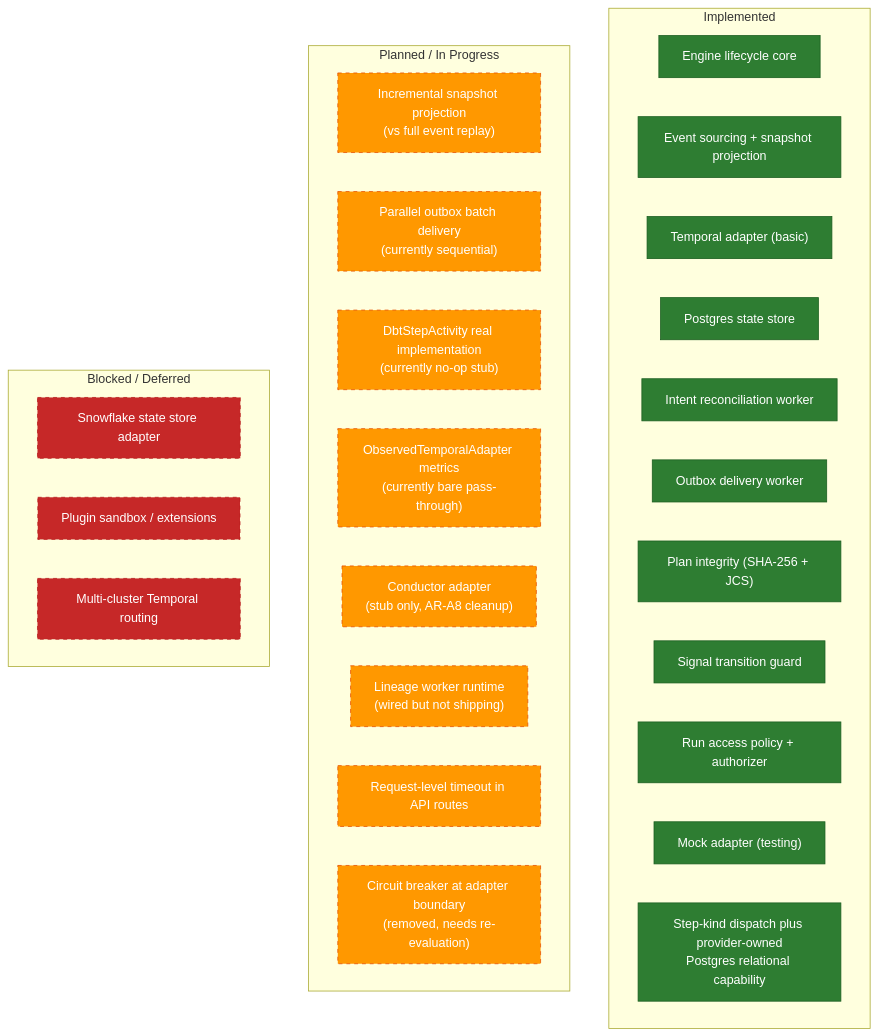
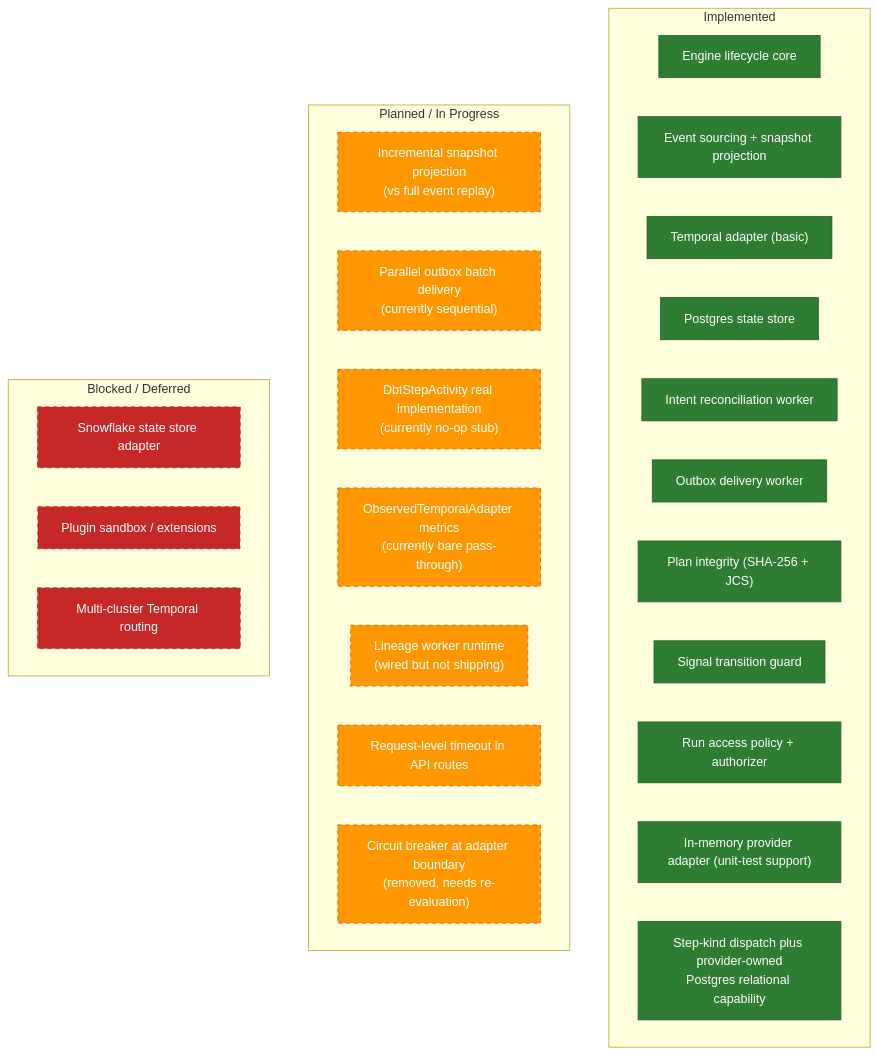
Before and after one commit to dunay2/dvt: the fourth of 4 diagrams in docs/architecture/diagrams/implementation-architecture-diagrams.md, drawn with Mermaid. The commit also changed other lines of this file and 82 other files, not shown here.

````diff
--- a/docs/architecture/diagrams/implementation-architecture-diagrams.md
+++ b/docs/architecture/diagrams/implementation-architecture-diagrams.md
@@ -411,37 +409,36 @@
 ```mermaid
 flowchart TB
   classDef impl fill:#2E7D32,color:#fff,stroke:#1B5E20
   classDef planned fill:#FF9800,color:#fff,stroke:#E65100,stroke-dasharray:5 5
   classDef blocked fill:#C62828,color:#fff,stroke:#B71C1C,stroke-dasharray:5 5
 
   subgraph "Implemented"
     E1["Engine lifecycle core"]:::impl
     E2["Event sourcing + snapshot projection"]:::impl
     E3["Temporal adapter (basic)"]:::impl
     E4["Postgres state store"]:::impl
     E5["Intent reconciliation worker"]:::impl
     E6["Outbox delivery worker"]:::impl
     E7["Plan integrity (SHA-256 + JCS)"]:::impl
     E8["Signal transition guard"]:::impl
     E9["Run access policy + authorizer"]:::impl
-    E10["Mock adapter (testing)"]:::impl
+    E10["In-memory provider adapter (unit-test support)"]:::impl
     E11["Step-kind dispatch plus provider-owned<br/>Postgres relational capability"]:::impl
   end
 
   subgraph "Planned / In Progress"
     P1["Incremental snapshot projection<br/>(vs full event replay)"]:::planned
     P2["Parallel outbox batch delivery<br/>(currently sequential)"]:::planned
     P4["DbtStepActivity real implementation<br/>(currently no-op stub)"]:::planned
     P5["ObservedTemporalAdapter metrics<br/>(currently bare pass-through)"]:::planned
-    P6["Conductor adapter<br/>(stub only, AR-A8 cleanup)"]:::planned
     P7["Lineage worker runtime<br/>(wired but not shipping)"]:::planned
     P8["Request-level timeout in API routes"]:::planned
     P9["Circuit breaker at adapter boundary<br/>(removed, needs re-evaluation)"]:::planned
   end
 
   subgraph "Blocked / Deferred"
     B1["Snowflake state store adapter"]:::blocked
     B2["Plugin sandbox / extensions"]:::blocked
     B3["Multi-cluster Temporal routing"]:::blocked
   end
 ```
````
